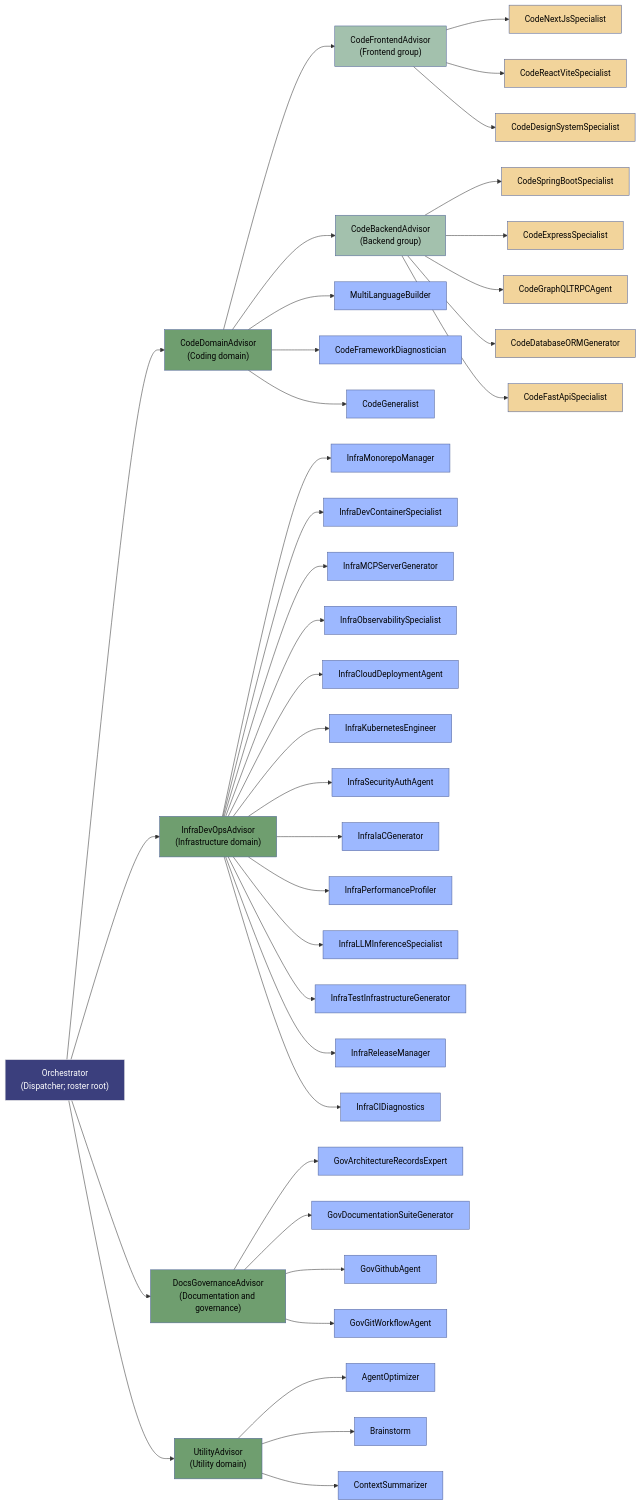
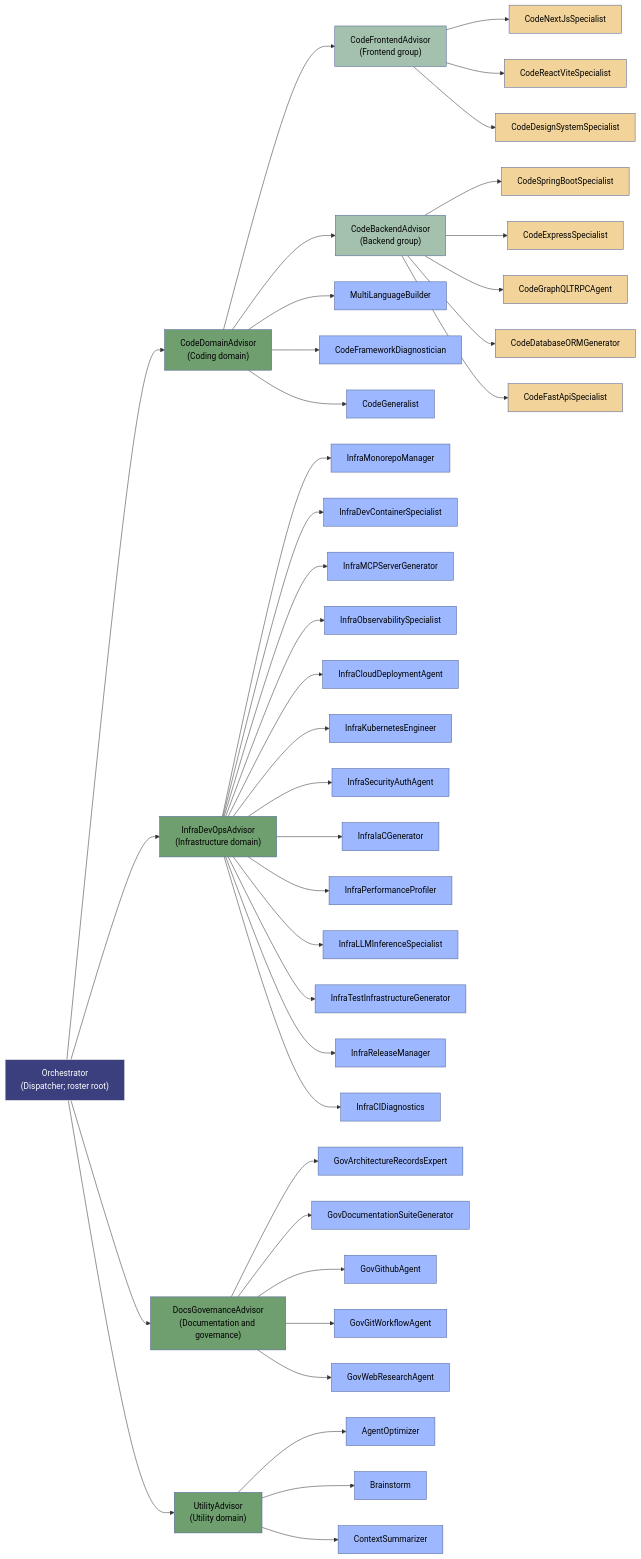
The second of 2 diagrams in README.md (UtopikPrompt/agents), drawn with Mermaid before and after one commit. The commit also changed other lines of this file and 5 other files, not shown here.

Commit message:
feat: Add GovWebResearchAgent for read-only internet research and update related documentation

````diff
--- a/README.md
+++ b/README.md
@@ -80,58 +80,59 @@
 ```mermaid
 flowchart LR
     O["Orchestrator<br/>(Dispatcher; roster root)"]
     O --> CodeDomainAdvisor["CodeDomainAdvisor<br/>(Coding domain)"]
     O --> InfraDevOpsAdvisor["InfraDevOpsAdvisor<br/>(Infrastructure domain)"]
     O --> DocsGovernanceAdvisor["DocsGovernanceAdvisor<br/>(Documentation and governance)"]
     O --> UtilityAdvisor["UtilityAdvisor<br/>(Utility domain)"]
     CodeDomainAdvisor --> CodeFrontendAdvisor["CodeFrontendAdvisor<br/>(Frontend group)"]
     CodeDomainAdvisor --> CodeBackendAdvisor["CodeBackendAdvisor<br/>(Backend group)"]
     CodeDomainAdvisor --> MultiLanguageBuilder["MultiLanguageBuilder"]
     CodeDomainAdvisor --> CodeFrameworkDiagnostician["CodeFrameworkDiagnostician"]
     CodeDomainAdvisor --> CodeGeneralist["CodeGeneralist"]
 
     CodeFrontendAdvisor --> CodeNextJsSpecialist["CodeNextJsSpecialist"]
     CodeFrontendAdvisor --> CodeReactViteSpecialist["CodeReactViteSpecialist"]
     CodeFrontendAdvisor --> CodeDesignSystemSpecialist["CodeDesignSystemSpecialist"]
 
     CodeBackendAdvisor --> CodeSpringBootSpecialist["CodeSpringBootSpecialist"]
     CodeBackendAdvisor --> CodeExpressSpecialist["CodeExpressSpecialist"]
     CodeBackendAdvisor --> CodeGraphQLTRPCAgent["CodeGraphQLTRPCAgent"]
     CodeBackendAdvisor --> CodeDatabaseORMGenerator["CodeDatabaseORMGenerator"]
     CodeBackendAdvisor --> CodeFastApiSpecialist["CodeFastApiSpecialist"]
 
     InfraDevOpsAdvisor --> InfraMonorepoManager["InfraMonorepoManager"]
     InfraDevOpsAdvisor --> InfraDevContainerSpecialist["InfraDevContainerSpecialist"]
     InfraDevOpsAdvisor --> InfraMCPServerGenerator["InfraMCPServerGenerator"]
     InfraDevOpsAdvisor --> InfraObservabilitySpecialist["InfraObservabilitySpecialist"]
     InfraDevOpsAdvisor --> InfraCloudDeploymentAgent["InfraCloudDeploymentAgent"]
     InfraDevOpsAdvisor --> InfraKubernetesEngineer["InfraKubernetesEngineer"]
     InfraDevOpsAdvisor --> InfraSecurityAuthAgent["InfraSecurityAuthAgent"]
     InfraDevOpsAdvisor --> InfraIaCGenerator["InfraIaCGenerator"]
     InfraDevOpsAdvisor --> InfraPerformanceProfiler["InfraPerformanceProfiler"]
     InfraDevOpsAdvisor --> InfraLLMInferenceSpecialist["InfraLLMInferenceSpecialist"]
     InfraDevOpsAdvisor --> InfraTestInfrastructureGenerator["InfraTestInfrastructureGenerator"]
     InfraDevOpsAdvisor --> InfraReleaseManager["InfraReleaseManager"]
     InfraDevOpsAdvisor --> InfraCIDiagnostics["InfraCIDiagnostics"]
 
     DocsGovernanceAdvisor --> GovArchitectureRecordsExpert["GovArchitectureRecordsExpert"]
     DocsGovernanceAdvisor --> GovDocumentationSuiteGenerator["GovDocumentationSuiteGenerator"]
     DocsGovernanceAdvisor --> GovGithubAgent["GovGithubAgent"]
     DocsGovernanceAdvisor --> GovGitWorkflowAgent["GovGitWorkflowAgent"]
+    DocsGovernanceAdvisor --> GovWebResearchAgent["GovWebResearchAgent"]
 
     UtilityAdvisor --> AgentOptimizer["AgentOptimizer"]
     UtilityAdvisor --> Brainstorm["Brainstorm"]
     UtilityAdvisor --> ContextSummarizer["ContextSummarizer"]
 
     classDef hub fill:#3b3f7d,stroke:#e0e0e0,color:#fff;
     classDef domainAdvisor fill:#6f9e6f,stroke:#516399,color:#000;
     classDef subdomainAdvisor fill:#a3c1ad,stroke:#516399,color:#000;
     classDef worker fill:#9db8ff,stroke:#516399,color:#000;
     classDef frameworkWorker fill:#f2d49b,stroke:#516399,color:#000;
     
     class O hub;
     class CodeDomainAdvisor,InfraDevOpsAdvisor,DocsGovernanceAdvisor,UtilityAdvisor domainAdvisor;
     class CodeFrontendAdvisor,CodeBackendAdvisor subdomainAdvisor;
     class CodeNextJsSpecialist,CodeReactViteSpecialist,CodeGraphQLTRPCAgent,CodeFastApiSpecialist,CodeExpressSpecialist,CodeSpringBootSpecialist,CodeDatabaseORMGenerator,CodeDesignSystemSpecialist frameworkWorker;
-    class AgentOptimizer,Brainstorm,ContextSummarizer,CodeGeneralist,CodeFrameworkDiagnostician,MultiLanguageBuilder,InfraObservabilitySpecialist,InfraMonorepoManager,InfraDevContainerSpecialist,InfraMCPServerGenerator,InfraCloudDeploymentAgent,InfraKubernetesEngineer,InfraSecurityAuthAgent,InfraIaCGenerator,InfraPerformanceProfiler,InfraLLMInferenceSpecialist,InfraTestInfrastructureGenerator,InfraReleaseManager,InfraCIDiagnostics,GovArchitectureRecordsExpert,GovDocumentationSuiteGenerator,GovGithubAgent,GovGitWorkflowAgent worker;
+    class AgentOptimizer,Brainstorm,ContextSummarizer,CodeGeneralist,CodeFrameworkDiagnostician,MultiLanguageBuilder,InfraObservabilitySpecialist,InfraMonorepoManager,InfraDevContainerSpecialist,InfraMCPServerGenerator,InfraCloudDeploymentAgent,InfraKubernetesEngineer,InfraSecurityAuthAgent,InfraIaCGenerator,InfraPerformanceProfiler,InfraLLMInferenceSpecialist,InfraTestInfrastructureGenerator,InfraReleaseManager,InfraCIDiagnostics,GovArchitectureRecordsExpert,GovDocumentationSuiteGenerator,GovGithubAgent,GovGitWorkflowAgent,GovWebResearchAgent worker;
 ```
````
